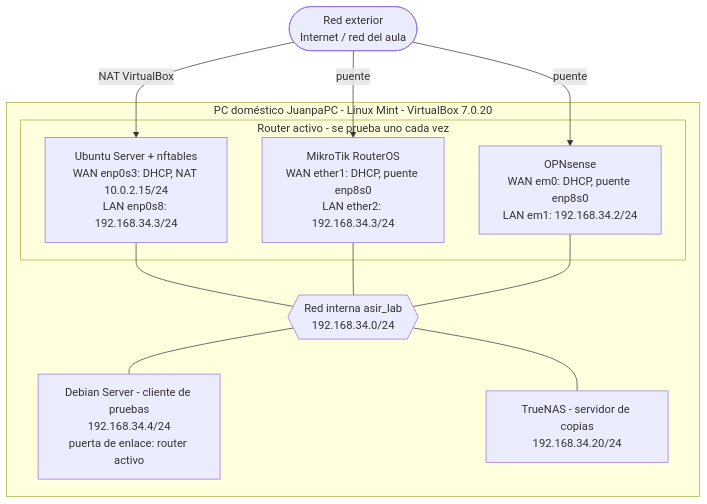
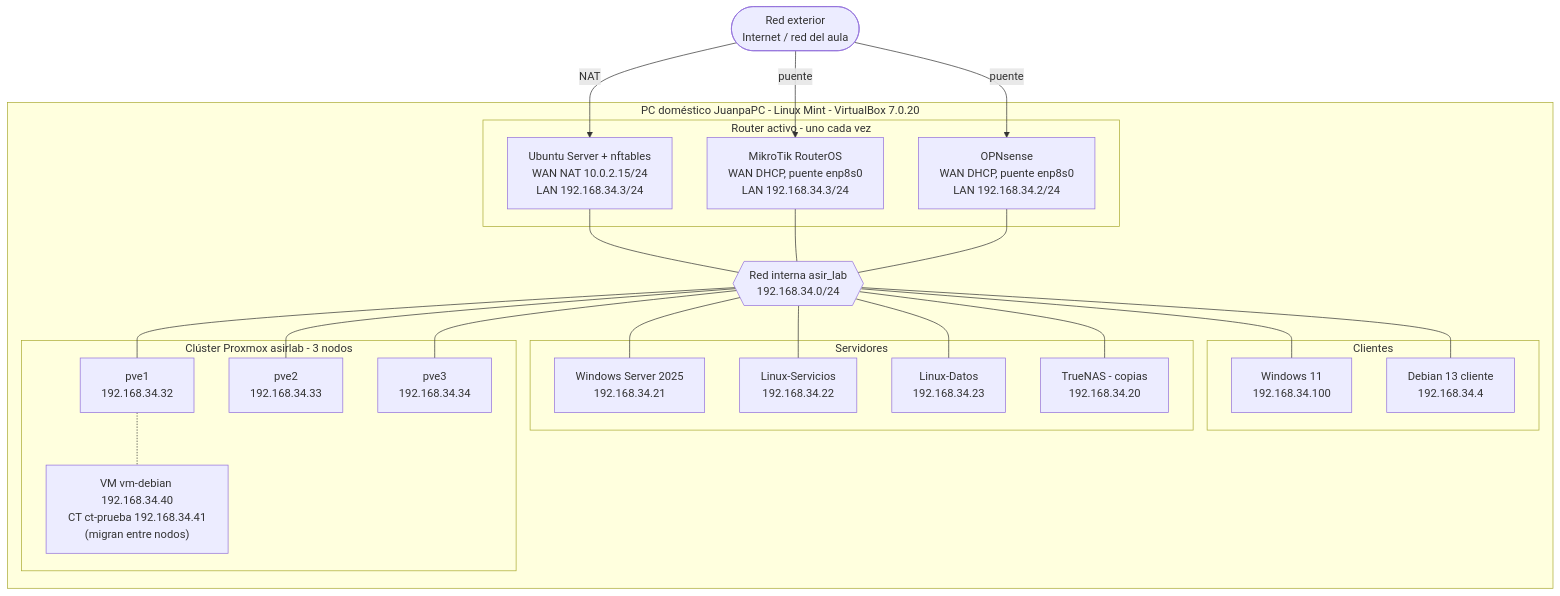
One commit to rljp0114-ai/asir-lab changed the diagram in 04-diseno-red/diagramas/esquema-red-individual.md. Above: the diagram before and after it, drawn with Mermaid. The commit also changed other lines of this file and 29 other files, not shown here.

````diff
--- a/04-diseno-red/diagramas/esquema-red-individual.md
+++ b/04-diseno-red/diagramas/esquema-red-individual.md
@@ -13,24 +9,49 @@
 ```mermaid
 flowchart TB
     NET(["Red exterior<br/>Internet / red del aula"])
 
     subgraph HOST["PC doméstico JuanpaPC - Linux Mint - VirtualBox 7.0.20"]
-        subgraph ROUTERS["Router activo - se prueba uno cada vez"]
-            UBU["Ubuntu Server + nftables<br/>WAN enp0s3: DHCP, NAT 10.0.2.15/24<br/>LAN enp0s8: 192.168.34.3/24"]
-            MKT["MikroTik RouterOS<br/>WAN ether1: DHCP, puente enp8s0<br/>LAN ether2: 192.168.34.3/24"]
-            OPN["OPNsense<br/>WAN em0: DHCP, puente enp8s0<br/>LAN em1: 192.168.34.2/24"]
+        subgraph ROUTERS["Router activo - uno cada vez"]
+            UBU["Ubuntu Server + nftables<br/>WAN NAT 10.0.2.15/24<br/>LAN 192.168.34.3/24"]
+            MKT["MikroTik RouterOS<br/>WAN DHCP, puente enp8s0<br/>LAN 192.168.34.3/24"]
+            OPN["OPNsense<br/>WAN DHCP, puente enp8s0<br/>LAN 192.168.34.2/24"]
         end
         LAN{{"Red interna asir_lab<br/>192.168.34.0/24"}}
-        DEB["Debian Server - cliente de pruebas<br/>192.168.34.4/24<br/>puerta de enlace: router activo"]
-        NAS["TrueNAS - servidor de copias<br/>192.168.34.20/24"]
+
+        subgraph CLI["Clientes"]
+            W11["Windows 11<br/>192.168.34.100"]
+            DEB["Debian 13 cliente<br/>192.168.34.4"]
+        end
+
+        subgraph SRV["Servidores"]
+            WS["Windows Server 2025<br/>192.168.34.21"]
+            LS["Linux-Servicios<br/>192.168.34.22"]
+            LD["Linux-Datos<br/>192.168.34.23"]
+            NAS["TrueNAS - copias<br/>192.168.34.20"]
+        end
+
+        subgraph PVE["Clúster Proxmox asirlab - 3 nodos"]
+            N1["pve1<br/>192.168.34.32"]
+            N2["pve2<br/>192.168.34.33"]
+            N3["pve3<br/>192.168.34.34"]
+            GUESTS["VM vm-debian 192.168.34.40<br/>CT ct-prueba 192.168.34.41<br/>(migran entre nodos)"]
+        end
     end
 
-    NET -->|"NAT VirtualBox"| UBU
+    NET -->|"NAT"| UBU
     NET -->|"puente"| MKT
     NET -->|"puente"| OPN
     UBU --- LAN
     MKT --- LAN
     OPN --- LAN
+    LAN --- W11
     LAN --- DEB
+    LAN --- WS
+    LAN --- LS
+    LAN --- LD
     LAN --- NAS
+    LAN --- N1
+    LAN --- N2
+    LAN --- N3
+    N1 -.- GUESTS
 ```
````
